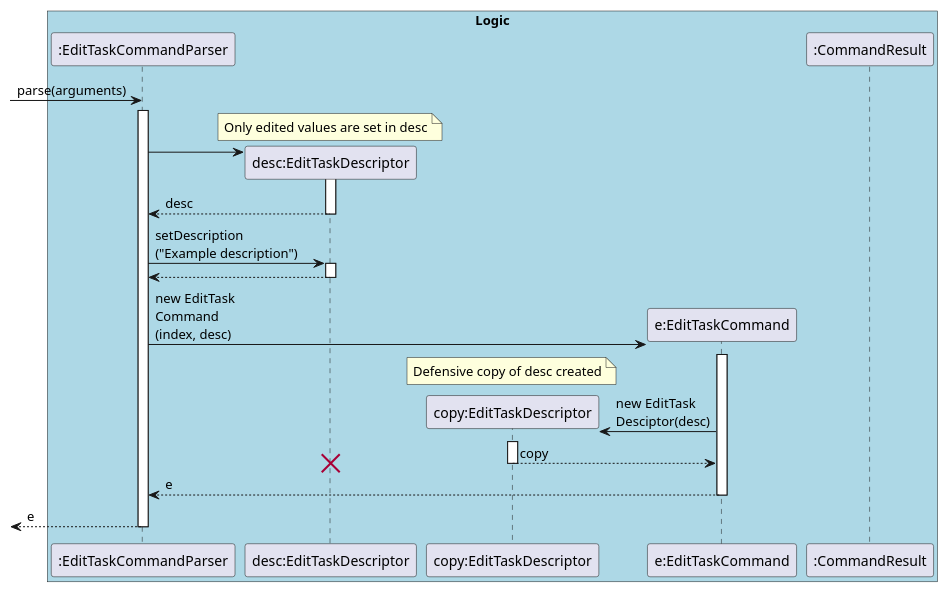
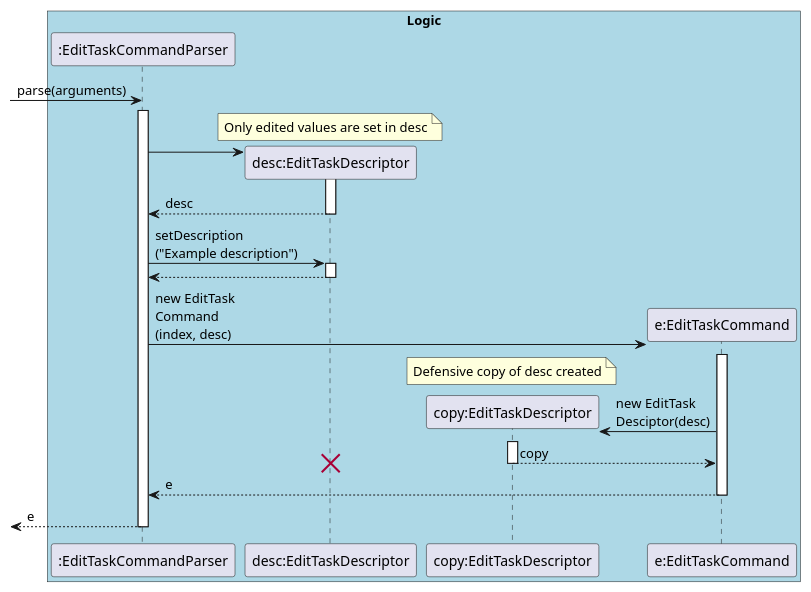
The diagram in docs/diagrams/EditTaskCommandParse.puml (yeppog/tp), drawn with PlantUML before and after one commit. The commit also changed 6 other files, not shown here.

```diff
--- a/docs/diagrams/EditTaskCommandParse.puml
+++ b/docs/diagrams/EditTaskCommandParse.puml
@@ -1,39 +1,38 @@
 @startuml
 autoactivate on
 box "Logic" #LightBlue
 participant ":EditTaskCommandParser" as ETCP
 participant "desc:EditTaskDescriptor" as ed
 participant "copy:EditTaskDescriptor" as copy
 participant "e:EditTaskCommand" as e
-participant ":CommandResult" as result
 end box
 
 [-> ETCP ** : parse(arguments)
 
 
 
 note over ed
 Only edited values are set in desc
 end note
 
 activate ETCP
 ETCP -> ed ** :
 activate ed
 return desc
 ETCP -> ed ++: setDescription\n("Example description")
 return
 
 ETCP -> e ** : new EditTask\nCommand\n(index, desc)
 activate e
 
 note over copy
 Defensive copy of desc created
 end note
 e -> copy ** : new EditTask\nDesciptor(desc)
 activate copy
 return copy
 destroy ed
 
 return e
 return e
 @enduml
```
